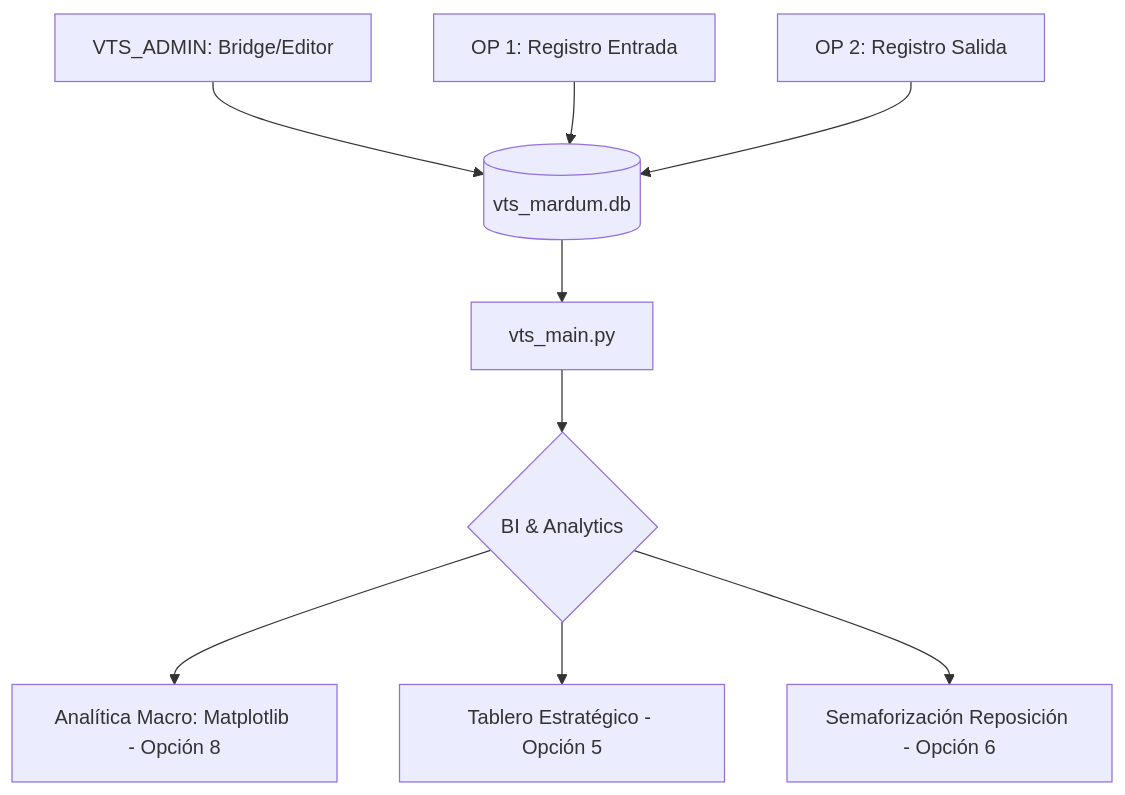
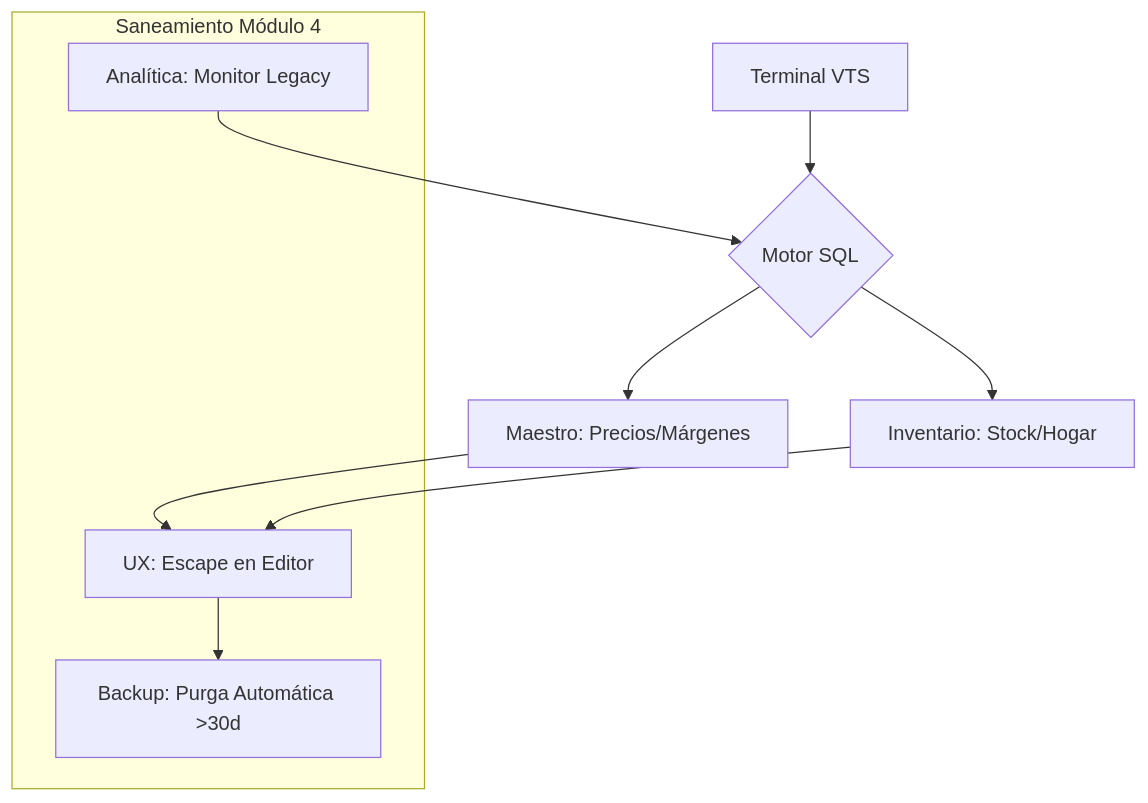
Before and after one commit to Iridah/terminal-vts: the diagram in readme.md, drawn with Mermaid. The commit also changed 3 other files, not shown here.

````diff
--- a/readme.md
+++ b/readme.md
@@ -32,11 +32,17 @@
 ```mermaid
 graph TD
-    A[VTS_ADMIN: Bridge/Editor] --> B[(vts_mardum.db)]
-    C[OP 1: Registro Entrada] --> B
-    D[OP 2: Registro Salida] --> B
-    B --> E[vts_main.py]
-    E --> F{BI & Analytics}
-    F --> G[Analítica Macro: Matplotlib - Opción 8]
-    F --> H[Tablero Estratégico - Opción 5]
-    F --> I[Semaforización Reposición - Opción 6]
+    A[Terminal VTS] --> B{Motor SQL}
+    B --> C[Maestro: Precios/Márgenes]
+    B --> D[Inventario: Stock/Hogar]
+    
+    subgraph "Saneamiento Módulo 4"
+    E[UX: Escape en Editor]
+    F[Analítica: Monitor Legacy]
+    G[Backup: Purga Automática >30d]
+    end
+    
+    C --> E
+    D --> E
+    E --> G
+    F --> B
 ```
````
